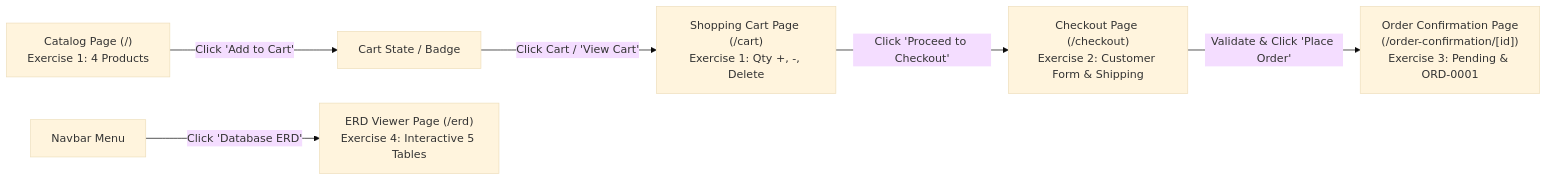
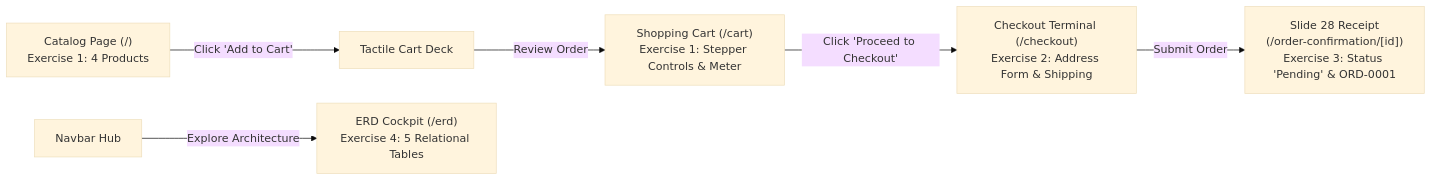
The diagram in ARCHITECTURE.md (KCGtheReal/test-ecommerce), drawn with Mermaid (base theme) before and after one commit. The commit also changed other lines of this file and 14 other files, not shown here.

````diff
--- a/ARCHITECTURE.md
+++ b/ARCHITECTURE.md
@@ -87,8 +106,8 @@
 ```mermaid
 flowchart LR
-    A["Catalog Page (/)<br>Exercise 1: 4 Products"] -->|Click 'Add to Cart'| B["Cart State / Badge"]
-    B -->|Click Cart / 'View Cart'| C["Shopping Cart Page (/cart)<br>Exercise 1: Qty +, -, Delete"]
-    C -->|Click 'Proceed to Checkout'| D["Checkout Page (/checkout)<br>Exercise 2: Customer Form & Shipping"]
-    D -->|Validate & Click 'Place Order'| E["Order Confirmation Page<br>(/order-confirmation/[id])<br>Exercise 3: Pending & ORD-0001"]
-    F["Navbar Menu"] -->|Click 'Database ERD'| G["ERD Viewer Page (/erd)<br>Exercise 4: Interactive 5 Tables"]
+    A["Catalog Page (/)<br>Exercise 1: 4 Products"] -->|Click 'Add to Cart'| B["Tactile Cart Deck"]
+    B -->|Review Order| C["Shopping Cart (/cart)<br>Exercise 1: Stepper Controls & Meter"]
+    C -->|Click 'Proceed to Checkout'| D["Checkout Terminal (/checkout)<br>Exercise 2: Address Form & Shipping"]
+    D -->|Submit Order| E["Slide 28 Receipt<br>(/order-confirmation/[id])<br>Exercise 3: Status 'Pending' & ORD-0001"]
+    F["Navbar Hub"] -->|Explore Architecture| G["ERD Cockpit (/erd)<br>Exercise 4: 5 Relational Tables"]
 ```
````
